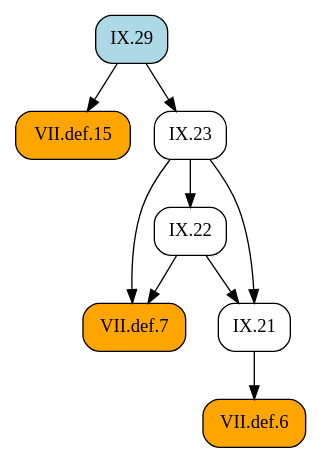
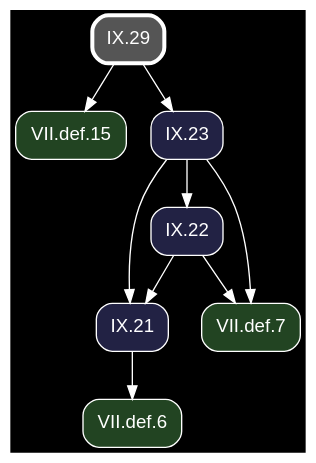
One commit to geometor/elements changed the diagram in docsrc/heath/IX/29/index.rst. Above: the diagram before and after it, drawn with Graphviz. The commit also changed other lines of this file and 1200 other files, not shown here.

Commit message:
update dependency graphs

```diff
--- a/docsrc/heath/IX/29/index.rst
+++ b/docsrc/heath/IX/29/index.rst
@@ -30,21 +30,23 @@
 .. graphviz::
 
    digraph {
+     bgcolor="black";
+     node [shape=box, style="rounded,filled", fontname="Helvetica", color="white", fontcolor="white"];
+     edge [color="white", fontcolor="white"];
      rankdir="TB";
-     node [shape=box, style=rounded];
-     "VII.def.15" [style="rounded,filled", fillcolor=orange, URL="/heath/VII/def.15/", target="_top"];
-     "VII.def.6" [style="rounded,filled", fillcolor=orange, URL="/heath/VII/def.6/", target="_top"];
-     "IX.22" [URL="/heath/IX/22/", target="_top"];
-     "IX.29" [style="rounded,filled", fillcolor=lightblue, URL="/heath/IX/29/", target="_top"];
-     "IX.23" [URL="/heath/IX/23/", target="_top"];
-     "VII.def.7" [style="rounded,filled", fillcolor=orange, URL="/heath/VII/def.7/", target="_top"];
-     "IX.21" [URL="/heath/IX/21/", target="_top"];
+     "IX.21" [fillcolor="#222244", URL="/heath/IX/21/", target="_top"];
+     "VII.def.15" [fillcolor="#224422", URL="/heath/VII/def.15/", target="_top"];
+     "VII.def.7" [fillcolor="#224422", URL="/heath/VII/def.7/", target="_top"];
+     "IX.23" [fillcolor="#222244", URL="/heath/IX/23/", target="_top"];
+     "IX.22" [fillcolor="#222244", URL="/heath/IX/22/", target="_top"];
+     "IX.29" [penwidth=3, color="white", fillcolor="#555555", URL="/heath/IX/29/", target="_top"];
+     "VII.def.6" [fillcolor="#224422", URL="/heath/VII/def.6/", target="_top"];
+     "IX.22" -> "IX.21";
+     "IX.23" -> "IX.21";
      "IX.29" -> "VII.def.15";
-     "IX.21" -> "VII.def.6";
-     "IX.23" -> "IX.22";
-     "IX.29" -> "IX.23";
      "IX.22" -> "VII.def.7";
      "IX.23" -> "VII.def.7";
-     "IX.22" -> "IX.21";
-     "IX.23" -> "IX.21";
+     "IX.29" -> "IX.23";
+     "IX.23" -> "IX.22";
+     "IX.21" -> "VII.def.6";
    }
```
